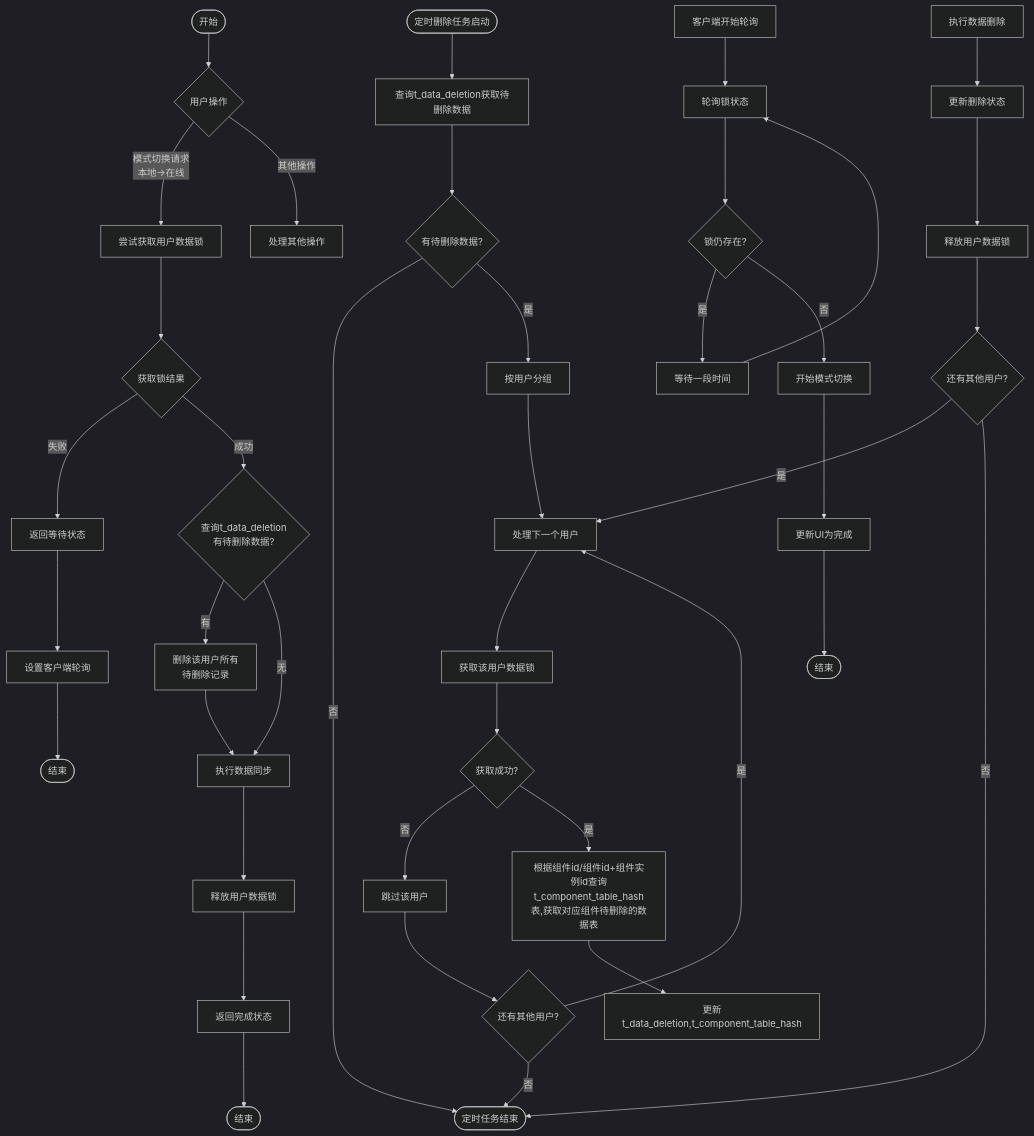
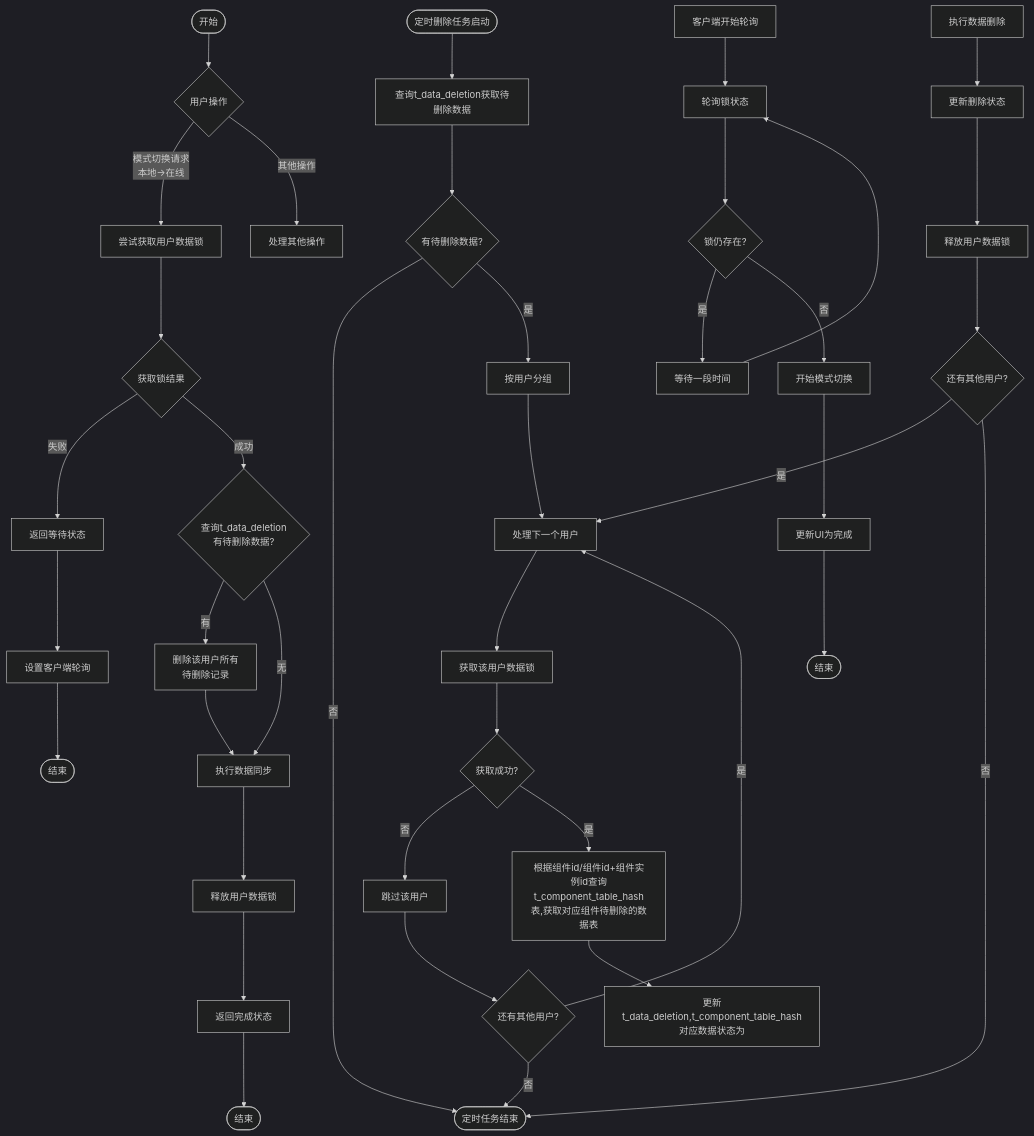
Before and after one commit to yingjianzh/iodraw-files: the diagram in all/未命名-57.md, drawn with Mermaid (dark theme).

Commit message:
2025-05-12 11:23:02 update

````diff
--- a/all/未命名-57.md
+++ b/all/未命名-57.md
@@ -1,62 +1,62 @@
 ```mermaid
 flowchart TD
     %% 主要分支
     Start([开始]) --> UserAction{用户操作}
     UserAction -->|模式切换请求\n本地→在线| TryLock[尝试获取用户数据锁]
     UserAction -->|其他操作| OtherOps[处理其他操作]
     
     %% 定时删除任务分支
     ScheduledTask([定时删除任务启动]) --> QueryDeletions[查询t_data_deletion获取待删除数据]
     QueryDeletions --> HasTasks{有待删除数据?}
     HasTasks -->|否| TaskEnd([定时任务结束])
     HasTasks -->|是| GroupByUser[按用户分组]
     
     %% 处理用户数据删除
     GroupByUser --> ProcessNextUser[处理下一个用户]
     ProcessNextUser --> AcquireLock[获取该用户数据锁]
     AcquireLock --> LockSuccess{获取成功?}
     
     LockSuccess -->|否| SkipUser[跳过该用户]
     SkipUser --> MoreUsers1{还有其他用户?}
     MoreUsers1 -->|是| ProcessNextUser
     MoreUsers1 -->|否| TaskEnd
     
     LockSuccess -->|是| GetData[根据组件id/组件id+组件实例id查询t_component_table_hash表,获取对应组件待删除的数据表]
     
-    GetData --> UpdateData[更新t_data_deletion,t_component_table_hash]
+    GetData --> UpdateData[更新t_data_deletion,t_component_table_hash对应数据状态为]
     DeleteData[执行数据删除]
     DeleteData --> UpdateStatus[更新删除状态]
     UpdateStatus --> ReleaseLock[释放用户数据锁]
     ReleaseLock --> MoreUsers2{还有其他用户?}
     MoreUsers2 -->|是| ProcessNextUser
     MoreUsers2 -->|否| TaskEnd
     
     %% 模式切换流程
     TryLock --> LockResult{获取锁结果}
     
     LockResult -->|失败| ReturnWaiting[返回等待状态]
     ReturnWaiting --> SetupPolling[设置客户端轮询]
     SetupPolling --> End1([结束])
     
     LockResult -->|成功| CheckPendingDeletion{查询t_data_deletion\n有待删除数据?}
     
     CheckPendingDeletion -->|有| RemoveDeletionRecords[删除该用户所有\n待删除记录]
     RemoveDeletionRecords --> PerformSync[执行数据同步]
     
     CheckPendingDeletion -->|无| PerformSync
     
     PerformSync --> ReleaseSwitchLock[释放用户数据锁]
     ReleaseSwitchLock --> ReturnComplete[返回完成状态]
     ReturnComplete --> End2([结束])
     
     %% 客户端轮询
     ClientPolling[客户端开始轮询] --> PollLockStatus[轮询锁状态]
     PollLockStatus --> StillLocked{锁仍存在?}
     
     StillLocked -->|是| WaitInterval[等待一段时间]
     WaitInterval --> PollLockStatus
     
     StillLocked -->|否| StartSwitch[开始模式切换]
     StartSwitch --> CompleteUI[更新UI为完成]
     CompleteUI --> End3([结束])
 ```
````
